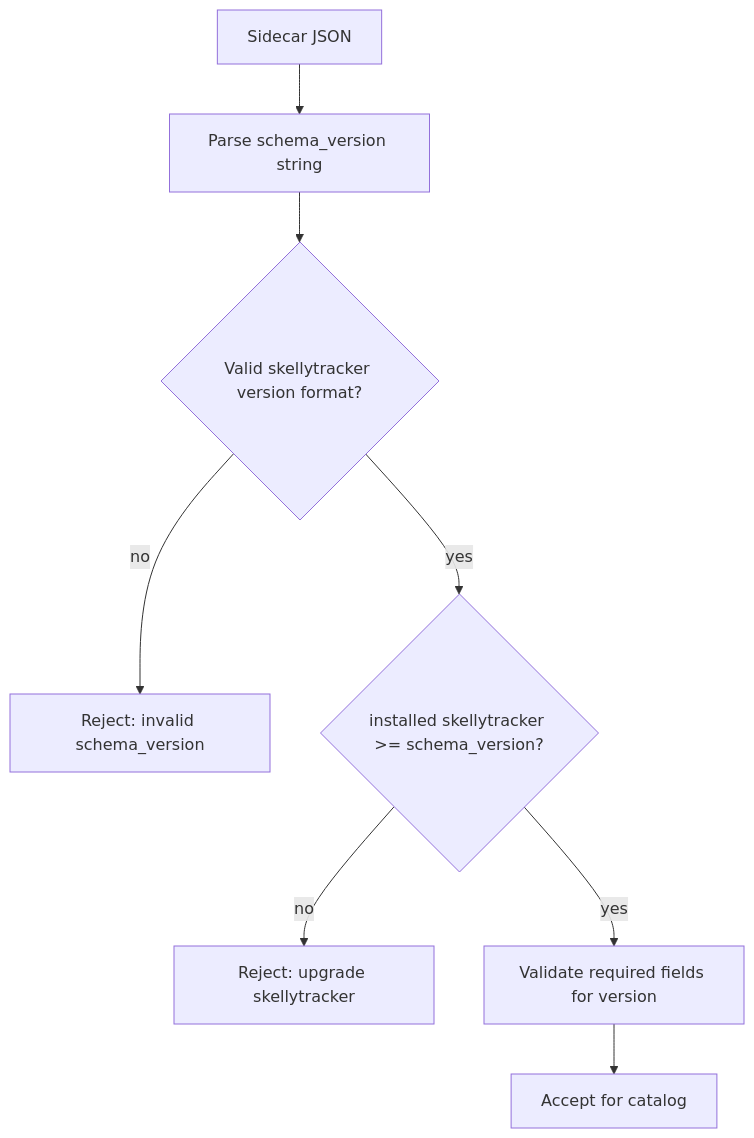
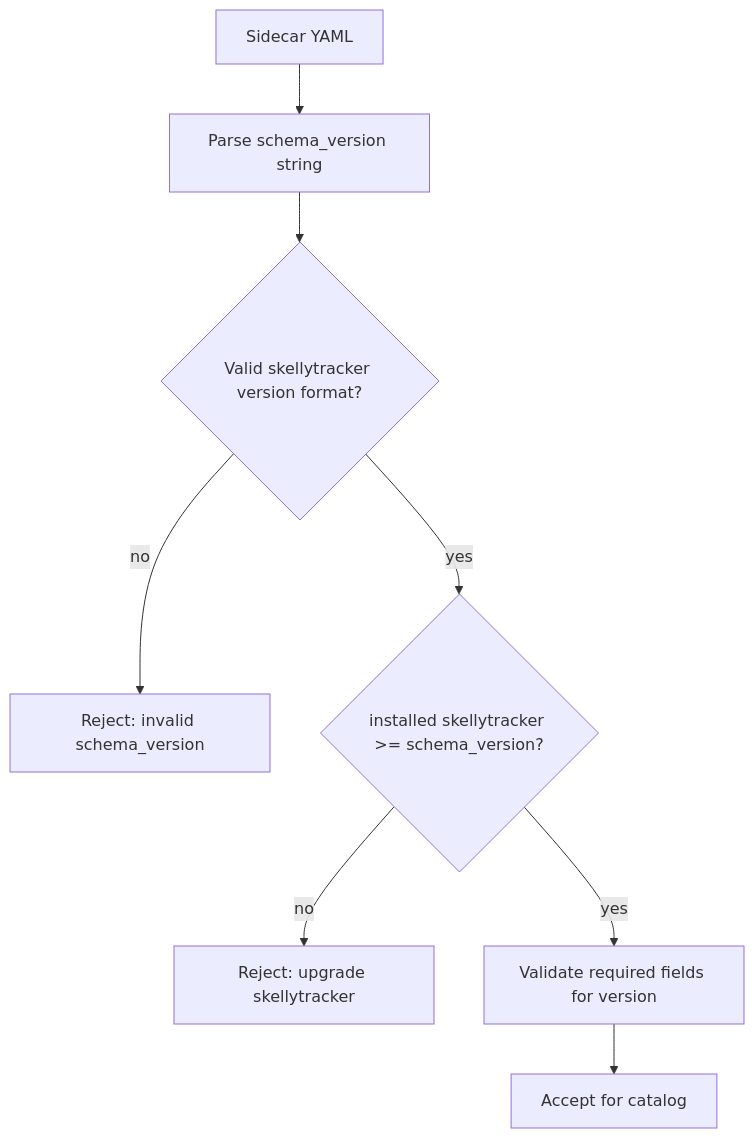
One commit to domisjustanumber/skellytracker changed the first of 2 diagrams in plans/40_sidecar_spec_updates.plan.md. Above: the diagram before and after it, drawn with Mermaid. The commit also changed other lines of this file, not shown here.

Commit message:
Expand plan 40 sidecar spec with detailed implementation and test guidance.

````diff
--- a/plans/40_sidecar_spec_updates.plan.md
+++ b/plans/40_sidecar_spec_updates.plan.md
@@ -108,10 +186,10 @@
 ```mermaid
 flowchart TD
-  sidecar[Sidecar JSON] --> parseVer[Parse schema_version string]
+  sidecar[Sidecar YAML] --> parseVer[Parse schema_version string]
   parseVer --> formatOk{Valid skellytracker version format?}
   formatOk -->|no| rejectFormat[Reject: invalid schema_version]
   formatOk -->|yes| compat{installed skellytracker >= schema_version?}
   compat -->|no| rejectOld[Reject: upgrade skellytracker]
   compat -->|yes| fields[Validate required fields for version]
   fields --> ok[Accept for catalog]
 ```
````
